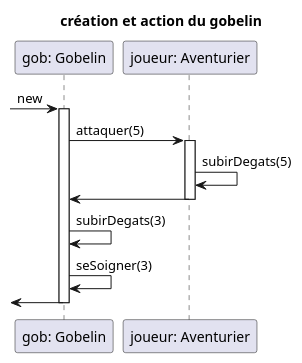
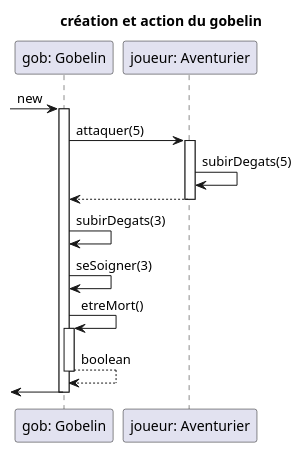
Before and after one commit to toxicbloud/Zeldiablo: the diagram in documents/version_3/diagramme_sequence/gobelin.puml, drawn with PlantUML. The commit also changed 1 other file, not shown here.

Commit message:
modification diagramme sequence gobelin et creation class monstre

```diff
--- a/documents/version_3/diagramme_sequence/gobelin.puml
+++ b/documents/version_3/diagramme_sequence/gobelin.puml
@@ -1,18 +1,22 @@
 @startuml
 title création et action du gobelin
 
 participant "gob: Gobelin" as gob
 participant "joueur: Aventurier" as joueur
 
 [-> gob : new
 activate  gob
     gob -> joueur : attaquer(5)
     activate joueur
         joueur -> joueur : subirDegats(5)
-        joueur -> gob 
+        joueur --> gob 
     deactivate joueur
     gob -> gob : subirDegats(3)
     gob -> gob : seSoigner(3)
+    gob -> gob : etreMort()
+    activate  gob
+        gob --> gob : boolean
+    deactivate gob    
 [<- gob
 deactivate gob
 @enduml
```
